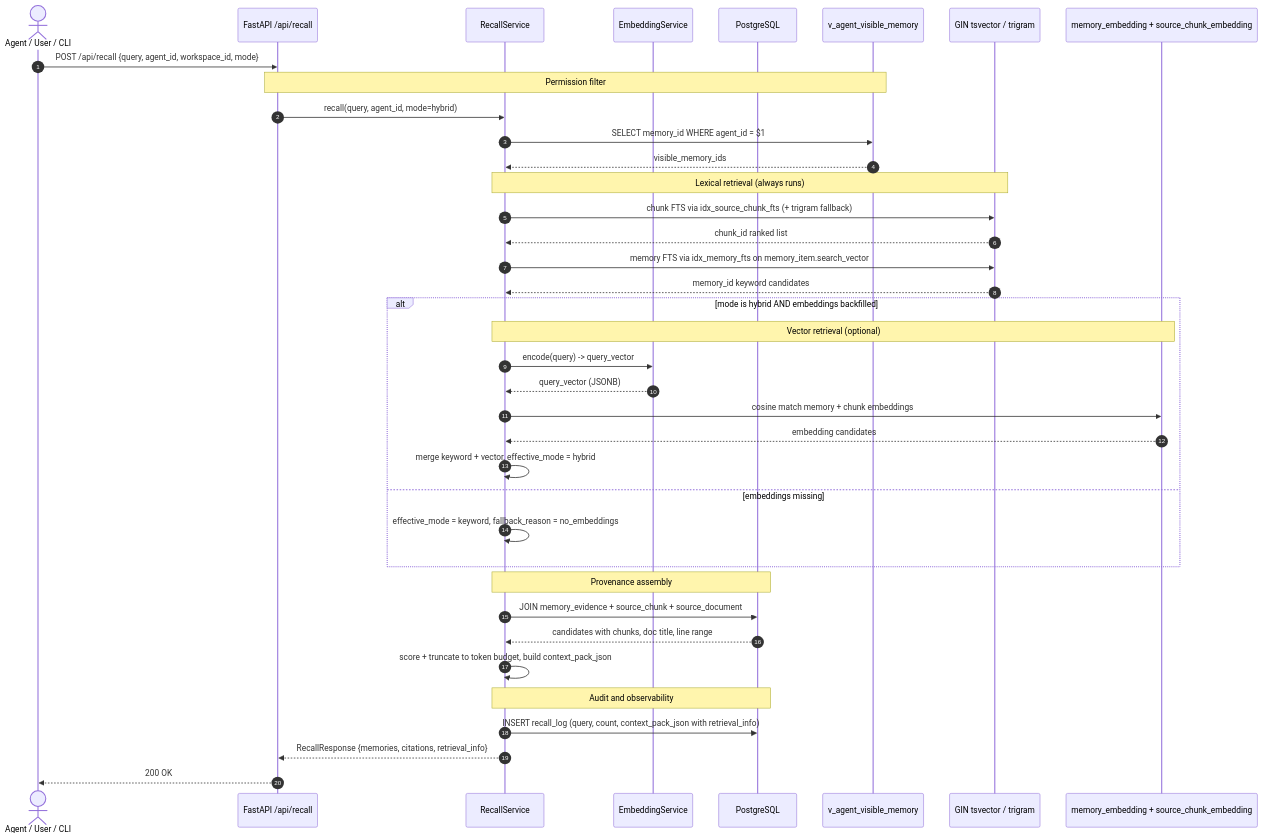
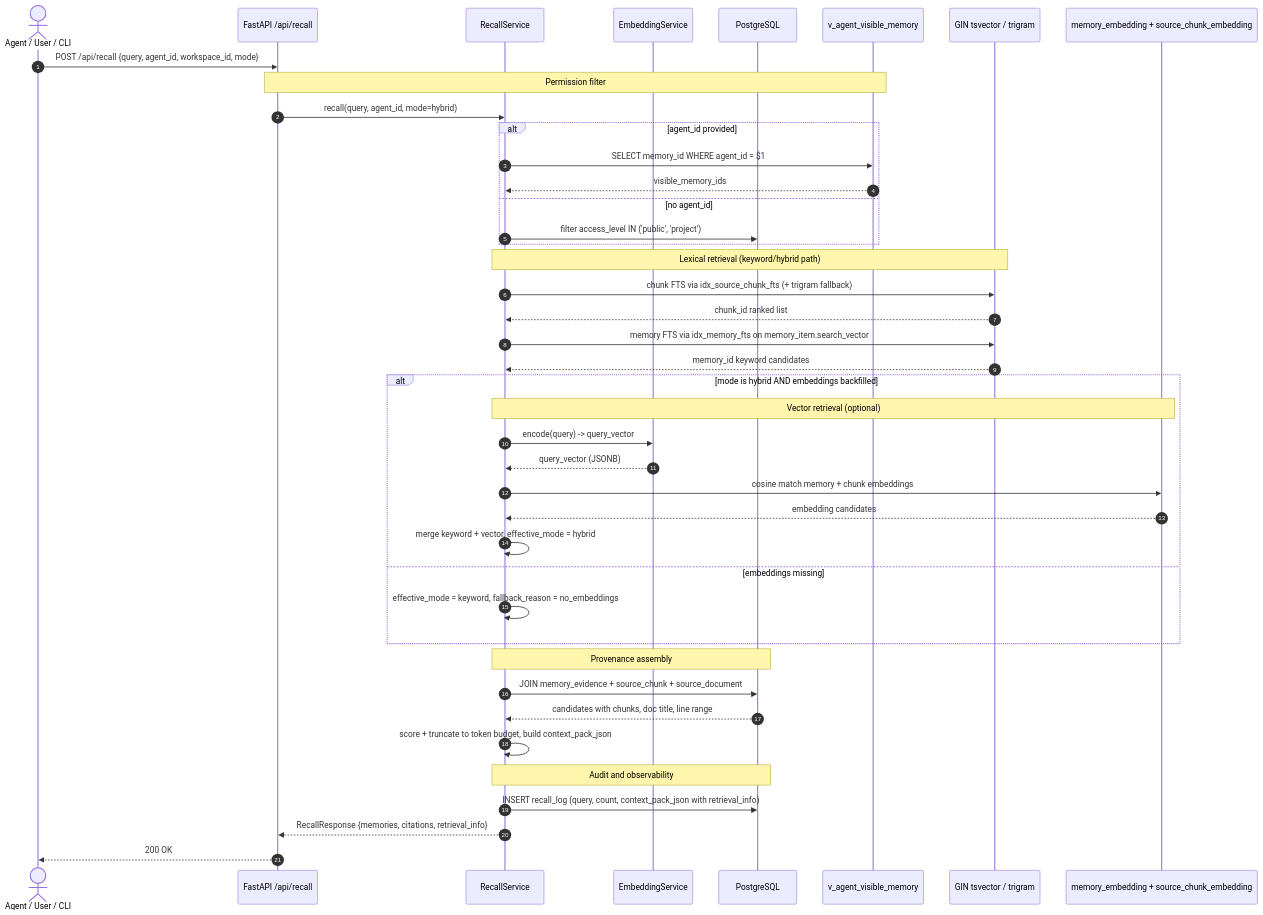
The diagram in docs/final-assets/diagrams/04-recall.mmd (dzx0902/CS3321-MemoryBase), drawn with Mermaid before and after one commit. The commit also changed 10 other files, not shown here.

First line of the commit message:
docs(gap5): codex review pass — correct API paths, triggers, ER edges

```diff
--- a/docs/final-assets/diagrams/04-recall.mmd
+++ b/docs/final-assets/diagrams/04-recall.mmd
@@ -1,49 +1,53 @@
 %% MemoryBase — Recall sequence (keyword / hybrid path with transparent fallback)
 %% Covers: query -> permission filter -> lexical/hybrid retrieval -> context pack -> recall_log
 %% Use in report Recall module section.
 
 sequenceDiagram
     autonumber
     actor       Caller       as Agent / User / CLI
     participant API          as FastAPI /api/recall
     participant Recall       as RecallService
     participant Embed        as EmbeddingService
     participant DB           as PostgreSQL
     participant Vis          as v_agent_visible_memory
     participant GIN          as GIN tsvector / trigram
     participant Cache        as memory_embedding + source_chunk_embedding
 
     Caller->>API: POST /api/recall {query, agent_id, workspace_id, mode}
 
     Note over API,Vis: Permission filter
     API->>Recall: recall(query, agent_id, mode=hybrid)
-    Recall->>Vis: SELECT memory_id WHERE agent_id = $1
-    Vis-->>Recall: visible_memory_ids
+    alt agent_id provided
+        Recall->>Vis: SELECT memory_id WHERE agent_id = $1
+        Vis-->>Recall: visible_memory_ids
+    else no agent_id
+        Recall->>DB: filter access_level IN ('public', 'project')
+    end
 
-    Note over Recall,GIN: Lexical retrieval (always runs)
+    Note over Recall,GIN: Lexical retrieval (keyword/hybrid path)
     Recall->>GIN: chunk FTS via idx_source_chunk_fts (+ trigram fallback)
     GIN-->>Recall: chunk_id ranked list
     Recall->>GIN: memory FTS via idx_memory_fts on memory_item.search_vector
     GIN-->>Recall: memory_id keyword candidates
 
     alt mode is hybrid AND embeddings backfilled
         Note over Recall,Cache: Vector retrieval (optional)
         Recall->>Embed: encode(query) -> query_vector
         Embed-->>Recall: query_vector (JSONB)
         Recall->>Cache: cosine match memory + chunk embeddings
         Cache-->>Recall: embedding candidates
         Recall->>Recall: merge keyword + vector, effective_mode = hybrid
     else embeddings missing
         Recall->>Recall: effective_mode = keyword, fallback_reason = no_embeddings
     end
 
     Note over Recall,DB: Provenance assembly
     Recall->>DB: JOIN memory_evidence + source_chunk + source_document
     DB-->>Recall: candidates with chunks, doc title, line range
     Recall->>Recall: score + truncate to token budget, build context_pack_json
 
     Note over Recall,DB: Audit and observability
     Recall->>DB: INSERT recall_log (query, count, context_pack_json with retrieval_info)
 
     Recall-->>API: RecallResponse {memories, citations, retrieval_info}
     API-->>Caller: 200 OK
```
